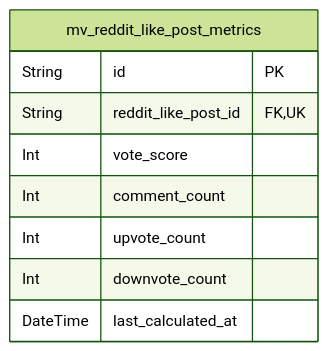
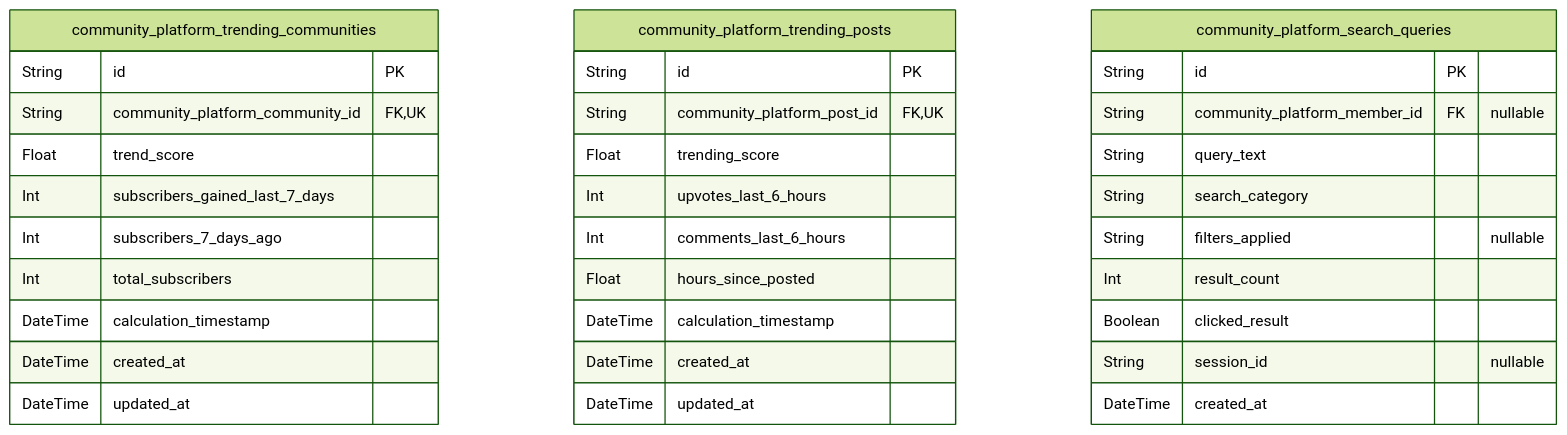
Before and after one commit to wrtnlabs/autobe-examples: the seventh of 7 diagrams in anthropic/claude-sonnet-4.5/reddit/docs/ERD.md, drawn with Mermaid (forest theme). The commit also changed other lines of this file and 16146 other files, not shown here.

````diff
--- a/anthropic/claude-sonnet-4.5/reddit/docs/ERD.md
+++ b/anthropic/claude-sonnet-4.5/reddit/docs/ERD.md
@@ -1656,12 +1187,36 @@
 ```mermaid
 erDiagram
-"mv_reddit_like_post_metrics" {
+"community_platform_trending_communities" {
   String id PK
-  String reddit_like_post_id FK,UK
-  Int vote_score
-  Int comment_count
-  Int upvote_count
-  Int downvote_count
-  DateTime last_calculated_at
+  String community_platform_community_id FK,UK
+  Float trend_score
+  Int subscribers_gained_last_7_days
+  Int subscribers_7_days_ago
+  Int total_subscribers
+  DateTime calculation_timestamp
+  DateTime created_at
+  DateTime updated_at
+}
+"community_platform_trending_posts" {
+  String id PK
+  String community_platform_post_id FK,UK
+  Float trending_score
+  Int upvotes_last_6_hours
+  Int comments_last_6_hours
+  Float hours_since_posted
+  DateTime calculation_timestamp
+  DateTime created_at
+  DateTime updated_at
+}
+"community_platform_search_queries" {
+  String id PK
+  String community_platform_member_id FK "nullable"
+  String query_text
+  String search_category
+  String filters_applied "nullable"
+  Int result_count
+  Boolean clicked_result
+  String session_id "nullable"
+  DateTime created_at
 }
 ```
````
